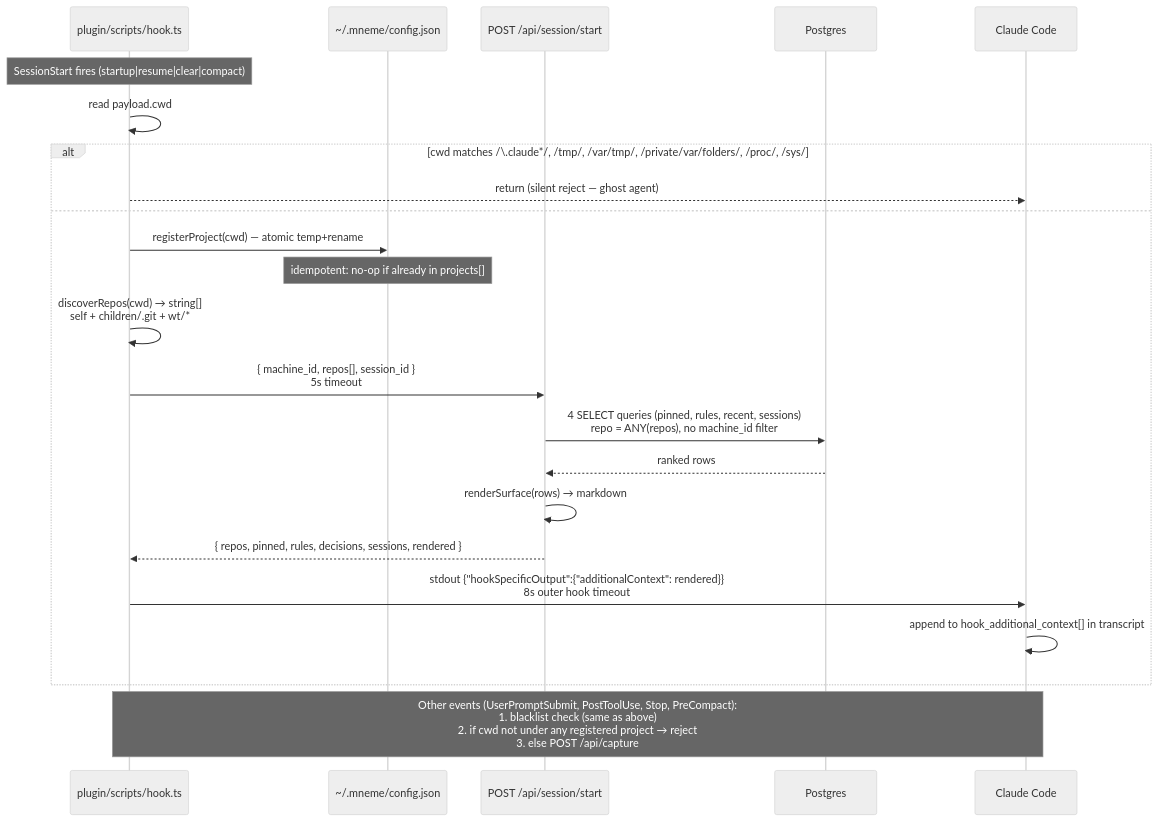
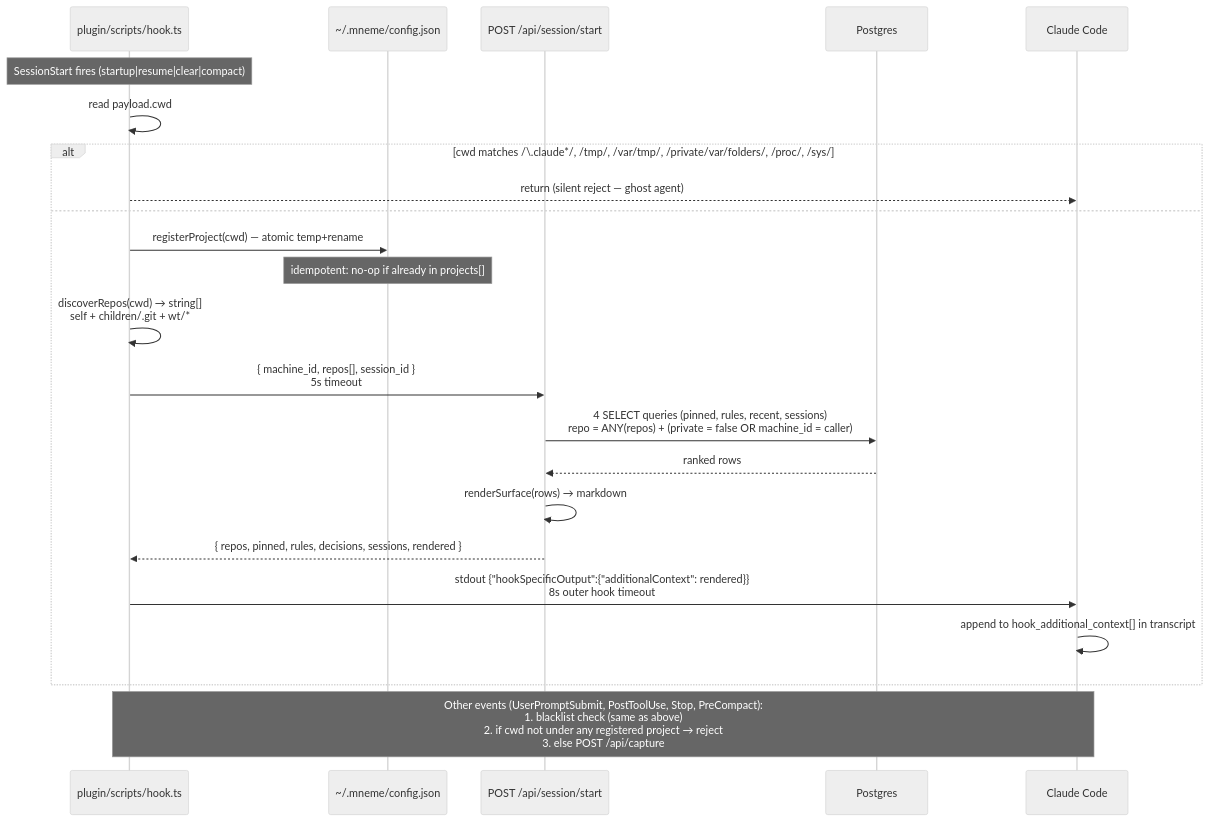
The eighth of 8 diagrams in ARCHITECTURE.md (j10ra/mneme), drawn with Mermaid (neutral theme) before and after one commit. The commit also changed other lines of this file and 17 other files, not shown here.

````diff
--- a/ARCHITECTURE.md
+++ b/ARCHITECTURE.md
@@ -646,27 +649,27 @@
 ```mermaid
 sequenceDiagram
     participant Hook as plugin/scripts/hook.ts
     participant Cfg as ~/.mneme/config.json
     participant API as POST /api/session/start
     participant DB as Postgres
     participant CC as Claude Code
 
     Note over Hook: SessionStart fires (startup|resume|clear|compact)
     Hook->>Hook: read payload.cwd
     alt cwd matches /\.claude*/, /tmp/, /var/tmp/, /private/var/folders/, /proc/, /sys/
         Hook-->>CC: return (silent reject — ghost agent)
     else
         Hook->>Cfg: registerProject(cwd) — atomic temp+rename
         Note over Cfg: idempotent: no-op if already in projects[]
         Hook->>Hook: discoverRepos(cwd) → string[]<br/>self + children/.git + wt/*
         Hook->>API: { machine_id, repos[], session_id }<br/>5s timeout
-        API->>DB: 4 SELECT queries (pinned, rules, recent, sessions)<br/>repo = ANY(repos), no machine_id filter
+        API->>DB: 4 SELECT queries (pinned, rules, recent, sessions)<br/>repo = ANY(repos) + (private = false OR machine_id = caller)
         DB-->>API: ranked rows
         API->>API: renderSurface(rows) → markdown
         API-->>Hook: { repos, pinned, rules, decisions, sessions, rendered }
         Hook->>CC: stdout {"hookSpecificOutput":{"additionalContext": rendered}}<br/>8s outer hook timeout
         CC->>CC: append to hook_additional_context[] in transcript
     end
 
     Note over Hook,CC: Other events (UserPromptSubmit, PostToolUse, Stop, PreCompact):<br/>1. blacklist check (same as above)<br/>2. if cwd not under any registered project → reject<br/>3. else POST /api/capture
 ```
````
